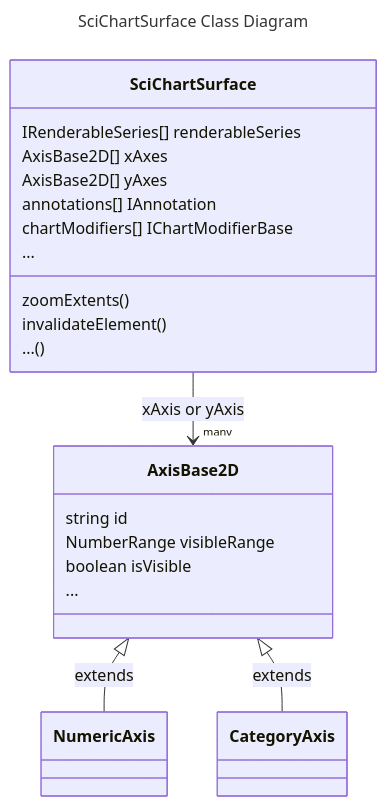
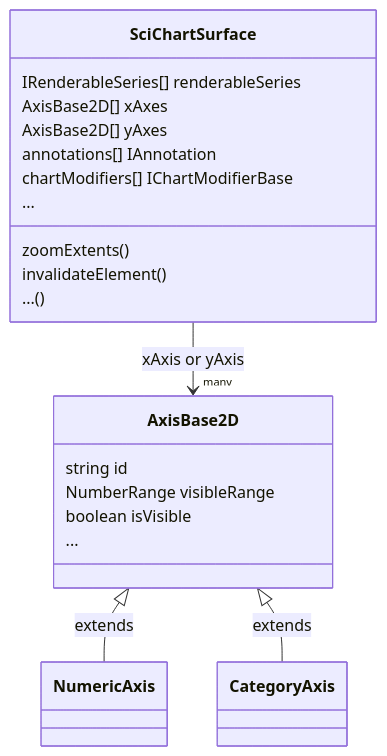
One commit to ABTSoftware/SciChart.JS.Docs changed the second of 4 diagrams in docusaurus/docs/2d-charts/surface/scichart-surface-type-overview/README.md. Above: the diagram before and after it, drawn with Mermaid. The commit also changed other lines of this file and 1 other file, not shown here.

Commit message:
feat: The SciChartSurface Type page finished

````diff
--- a/docusaurus/docs/2d-charts/surface/scichart-surface-type-overview/README.md
+++ b/docusaurus/docs/2d-charts/surface/scichart-surface-type-overview/README.md
@@ -85,22 +85,19 @@
 ```mermaid
----
-title: SciChartSurface Class Diagram
----
 classDiagram
     SciChartSurface --> "many" AxisBase2D : xAxis or yAxis
     SciChartSurface : IRenderableSeries[] renderableSeries
     SciChartSurface : AxisBase2D[] xAxes
     SciChartSurface : AxisBase2D[] yAxes
     SciChartSurface : annotations[] IAnnotation
     SciChartSurface : chartModifiers[] IChartModifierBase
     SciChartSurface : ...
     SciChartSurface : zoomExtents()
     SciChartSurface : invalidateElement()
     SciChartSurface : ... ()
     AxisBase2D : string id
     AxisBase2D : NumberRange visibleRange
     AxisBase2D : boolean isVisible
     AxisBase2D : ...
     AxisBase2D <|-- NumericAxis : extends
     AxisBase2D <|-- CategoryAxis : extends
 ```
````
